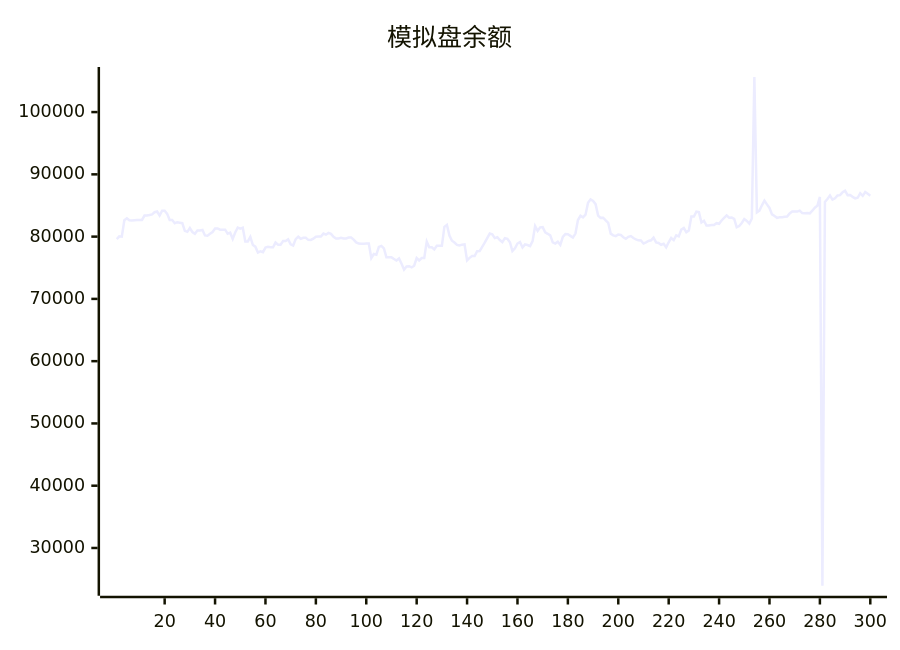
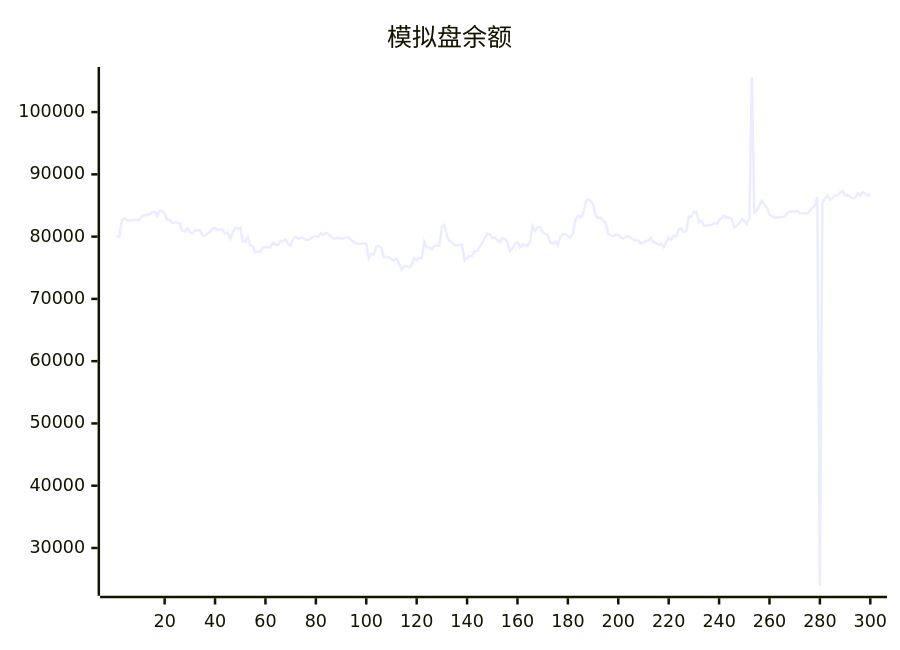
Before and after one commit to aahl/ai-trading: the diagram in README.md, drawn with Mermaid. The commit also changed other lines of this file and 1 other file, not shown here.

````diff
--- a/README.md
+++ b/README.md
@@ -5,5 +5,5 @@
 ```mermaid
 xychart
     title "模拟盘余额"
-    line [79591,80046,79993,82625,82950,82626,82571,82633,82670,82670,82681,83386,83378,83464,83579,83920,84037,83402,84160,84142,83652,82655,82655,82145,82315,82243,82163,80934,80770,81371,80742,80468,80989,80989,81067,80191,80155,80450,80737,81309,81309,81106,81119,81119,80471,80631,79624,80670,81448,81290,81429,79212,79222,79940,78643,78380,77432,77623,77504,78235,78358,78284,78277,79048,78714,78714,79290,79308,79567,78763,78563,79603,79988,79652,79813,79813,79476,79469,79673,79995,80015,80015,80486,80314,80600,80436,79966,79689,79689,79819,79692,79692,79850,79850,79518,79071,78889,78850,78850,78878,78878,76554,77202,77103,78357,78510,78106,76678,76677,76672,76411,76159,76485,75656,74695,75197,75246,75052,75334,76564,76179,76553,76551,79196,78300,78300,77944,78531,78531,78521,81564,81884,80160,79335,79055,78675,78580,78708,78764,76179,76586,76902,76876,77658,77669,78346,79023,79769,80497,80366,79761,79896,79448,79126,79749,79658,79097,77695,78114,78888,79126,78249,78738,78653,78478,79271,81680,80923,81488,81527,80681,80455,80190,79084,78879,79193,78686,79954,80403,80374,80118,79848,80491,82665,83351,83098,83525,85430,85983,85737,85221,83378,83014,83043,82613,82216,80477,80208,80081,80348,80277,79894,79670,79965,80093,79786,79542,79406,79371,78893,79087,79304,79406,79841,79072,78978,78696,78846,78272,79085,79787,79442,80198,80031,81120,81379,80718,80985,83214,83212,83993,83921,82270,82547,81776,81776,81866,81866,82158,82061,82596,83000,83408,83041,83050,82858,81503,81691,82188,82812,82517,82092,82901,105633,83898,84180,85030,85781,85178,84604,83569,83298,83008,83093,83107,83175,83228,83729,84025,84017,84019,84177,83775,83762,83785,83738,84160,84639,84939,86370,23934,85548,86046,86599,85942,86161,86622,86664,87115,87369,86666,86685,86384,86152,86243,86969,86548,87164,86885,86566]
+    line [80046,79993,82625,82950,82626,82571,82633,82670,82670,82681,83386,83378,83464,83579,83920,84037,83402,84160,84142,83652,82655,82655,82145,82315,82243,82163,80934,80770,81371,80742,80468,80989,80989,81067,80191,80155,80450,80737,81309,81309,81106,81119,81119,80471,80631,79624,80670,81448,81290,81429,79212,79222,79940,78643,78380,77432,77623,77504,78235,78358,78284,78277,79048,78714,78714,79290,79308,79567,78763,78563,79603,79988,79652,79813,79813,79476,79469,79673,79995,80015,80015,80486,80314,80600,80436,79966,79689,79689,79819,79692,79692,79850,79850,79518,79071,78889,78850,78850,78878,78878,76554,77202,77103,78357,78510,78106,76678,76677,76672,76411,76159,76485,75656,74695,75197,75246,75052,75334,76564,76179,76553,76551,79196,78300,78300,77944,78531,78531,78521,81564,81884,80160,79335,79055,78675,78580,78708,78764,76179,76586,76902,76876,77658,77669,78346,79023,79769,80497,80366,79761,79896,79448,79126,79749,79658,79097,77695,78114,78888,79126,78249,78738,78653,78478,79271,81680,80923,81488,81527,80681,80455,80190,79084,78879,79193,78686,79954,80403,80374,80118,79848,80491,82665,83351,83098,83525,85430,85983,85737,85221,83378,83014,83043,82613,82216,80477,80208,80081,80348,80277,79894,79670,79965,80093,79786,79542,79406,79371,78893,79087,79304,79406,79841,79072,78978,78696,78846,78272,79085,79787,79442,80198,80031,81120,81379,80718,80985,83214,83212,83993,83921,82270,82547,81776,81776,81866,81866,82158,82061,82596,83000,83408,83041,83050,82858,81503,81691,82188,82812,82517,82092,82901,105633,83898,84180,85030,85781,85178,84604,83569,83298,83008,83093,83107,83175,83228,83729,84025,84017,84019,84177,83775,83762,83785,83738,84160,84639,84939,86370,23934,85548,86046,86599,85942,86161,86622,86664,87115,87369,86666,86685,86384,86152,86243,86969,86548,87164,86885,86566,86809]
 ```
````
